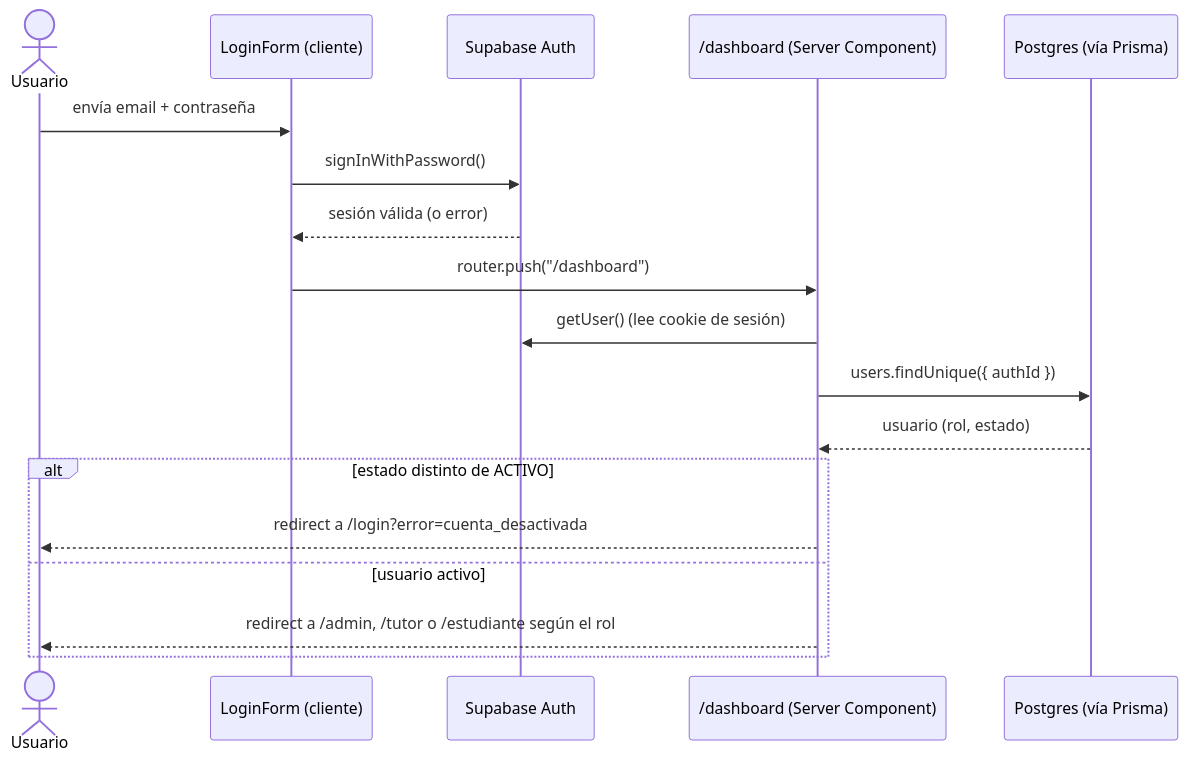
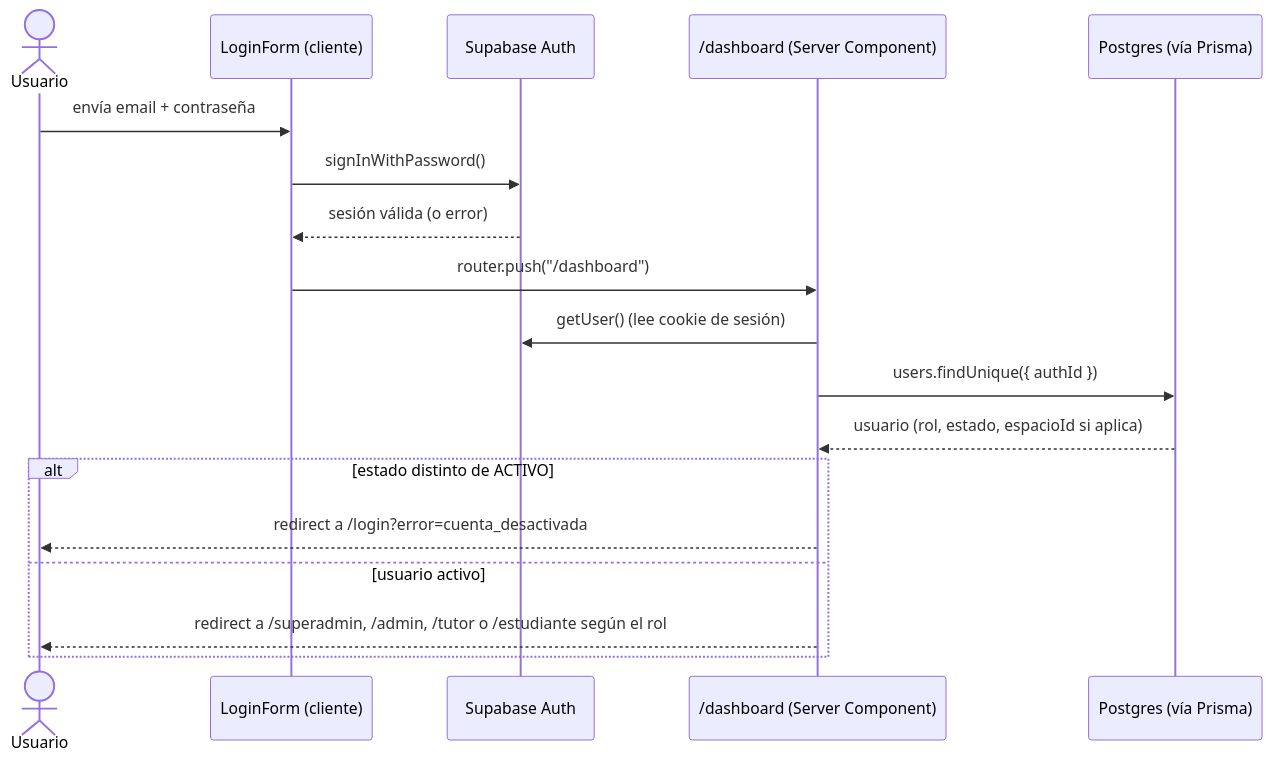
Before and after one commit to profefabio-dev/proyecto-lms: the fourth of 7 diagrams in Diagrama_de_Arquitectura.md, drawn with Mermaid. The commit also changed other lines of this file and 5 other files, not shown here.

````diff
--- a/Diagrama_de_Arquitectura.md
+++ b/Diagrama_de_Arquitectura.md
@@ -120,21 +130,21 @@
 ```mermaid
 sequenceDiagram
     actor U as Usuario
     participant Login as LoginForm (cliente)
     participant Auth as Supabase Auth
     participant Dash as /dashboard (Server Component)
     participant DB as Postgres (vía Prisma)
 
     U->>Login: envía email + contraseña
     Login->>Auth: signInWithPassword()
     Auth-->>Login: sesión válida (o error)
     Login->>Dash: router.push("/dashboard")
     Dash->>Auth: getUser() (lee cookie de sesión)
     Dash->>DB: users.findUnique({ authId })
-    DB-->>Dash: usuario (rol, estado)
+    DB-->>Dash: usuario (rol, estado, espacioId si aplica)
     alt estado distinto de ACTIVO
         Dash-->>U: redirect a /login?error=cuenta_desactivada
     else usuario activo
-        Dash-->>U: redirect a /admin, /tutor o /estudiante según el rol
+        Dash-->>U: redirect a /superadmin, /admin, /tutor o /estudiante según el rol
     end
 ```
````
